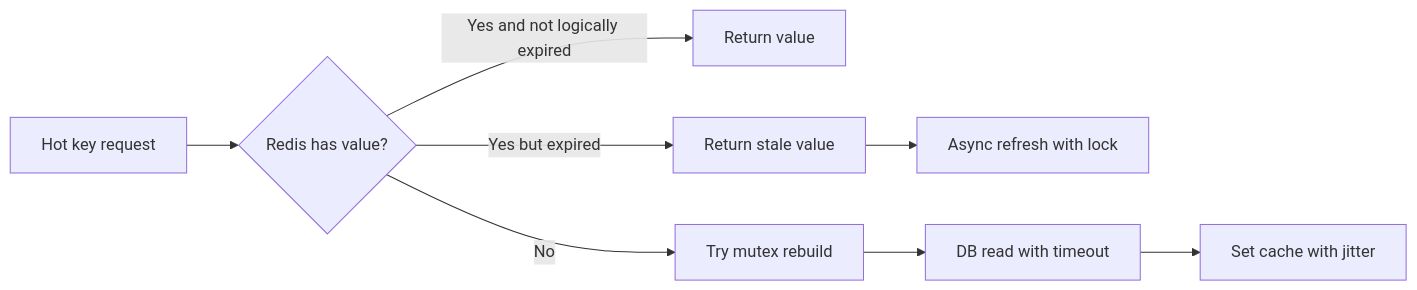
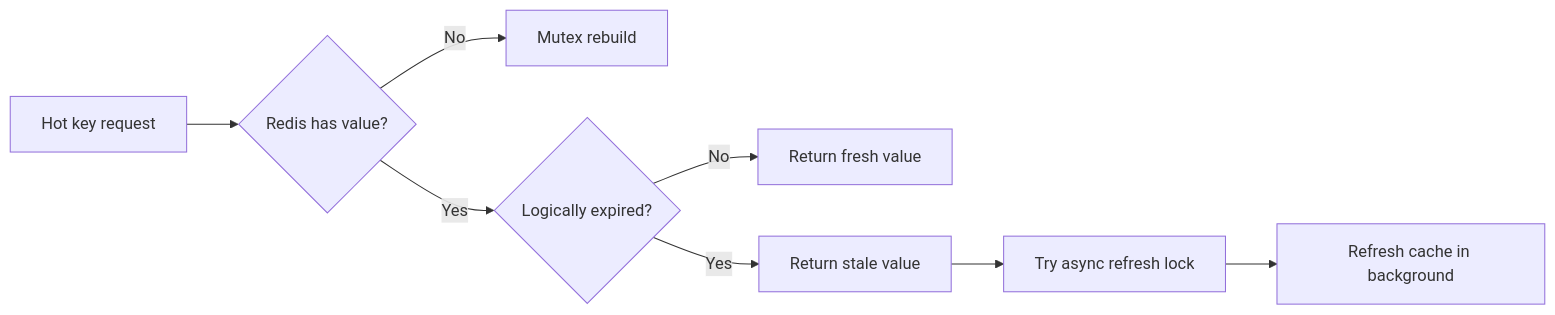
The third of 4 diagrams in docs/cache/cache-breakdown.md (AmazingCaddy/readings-backend), drawn with Mermaid before and after one commit. The commit also changed other lines of this file, not shown here.

Commit message:
docs: expand cache breakdown guide

````diff
--- a/docs/cache/cache-breakdown.md
+++ b/docs/cache/cache-breakdown.md
@@ -106,10 +91,10 @@
 ```mermaid
 flowchart LR
     A[Hot key request] --> B{Redis has value?}
-    B -->|Yes and not logically expired| C[Return value]
-    B -->|Yes but expired| D[Return stale value]
-    D --> E[Async refresh with lock]
-    B -->|No| F[Try mutex rebuild]
-    F --> G[DB read with timeout]
-    G --> H[Set cache with jitter]
+    B -->|No| C[Mutex rebuild]
+    B -->|Yes| D{Logically expired?}
+    D -->|No| E[Return fresh value]
+    D -->|Yes| F[Return stale value]
+    F --> G[Try async refresh lock]
+    G --> H[Refresh cache in background]
 ```
````
